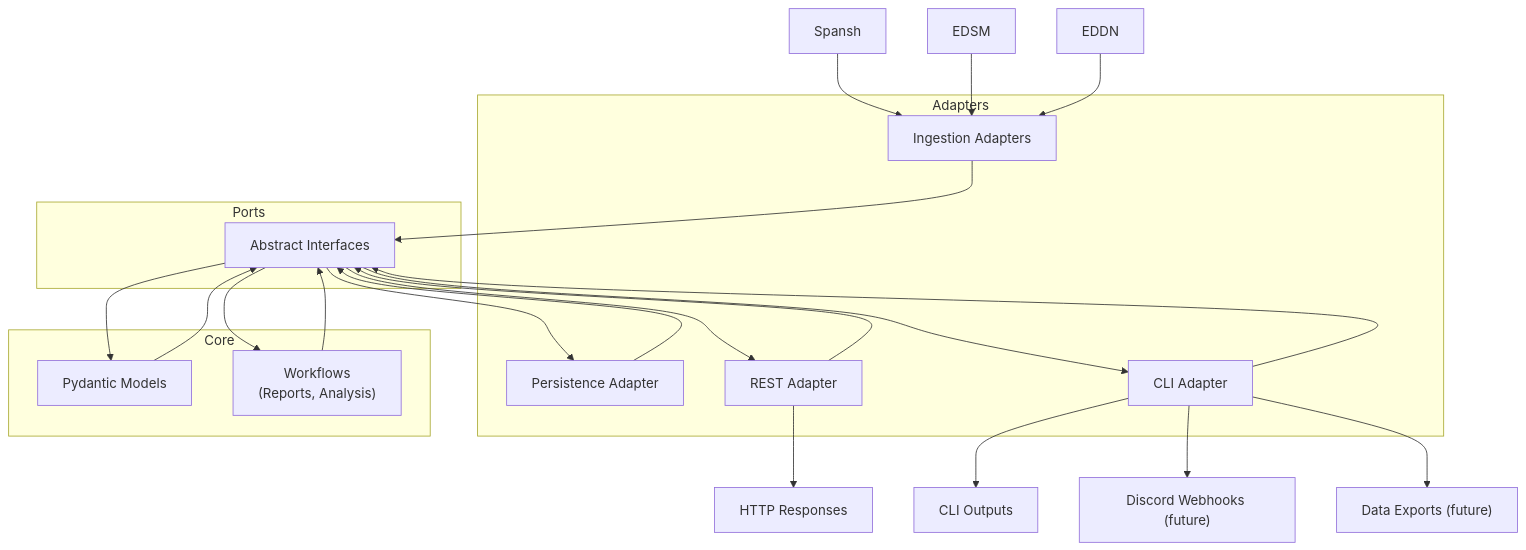
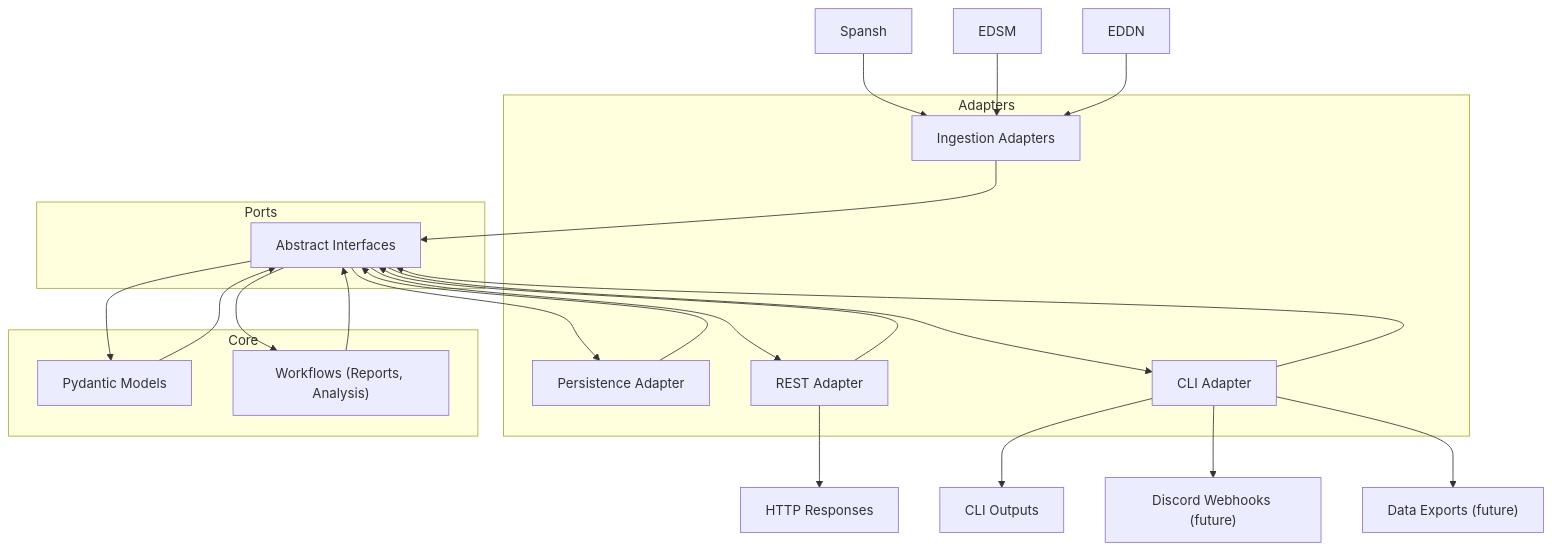
Before and after one commit to remiscarlet/ed_foo: the diagram in docs/architecture.md, drawn with Mermaid. The commit also changed 48 other files, not shown here.

Commit message:
WIP refactor; mostly schemas and models

````diff
--- a/docs/architecture.md
+++ b/docs/architecture.md
@@ -85,51 +85,52 @@
 ```mermaid
 flowchart TD
     ES1["Spansh"]
     ES2["EDSM"]
     ES3["EDDN"]
     O1["HTTP Responses"]
     O2["CLI Outputs"]
     O3["Discord Webhooks (future)"]
     O4["Data Exports (future)"]
+
 
     subgraph Adapters
       A1["Ingestion Adapters"]
       A2["Persistence Adapter"]
       A3["REST Adapter"]
       A4["CLI Adapter"]
     end
 
     subgraph Ports
       P1["Abstract Interfaces"]
     end
 
     subgraph Core
       C1["Pydantic Models"]
-      C2["Workflows\n(Reports, Analysis)"]
+      C2["Workflows (Reports, Analysis)"]
     end
 
     ES1 --> A1
     ES2 --> A1
     ES3 --> A1
 
     A1 --> P1
     A2 --> P1
     A3 --> P1
     A4 --> P1
 
     P1 --> C1
     P1 --> C2
 
     C2 --> P1
     C1 --> P1
 
     P1 --> A2
     P1 --> A3
     P1 --> A4
 
     A3 --> O1
     A4 --> O2
     A4 --> O3
     A4 --> O4
 
 ```
````
